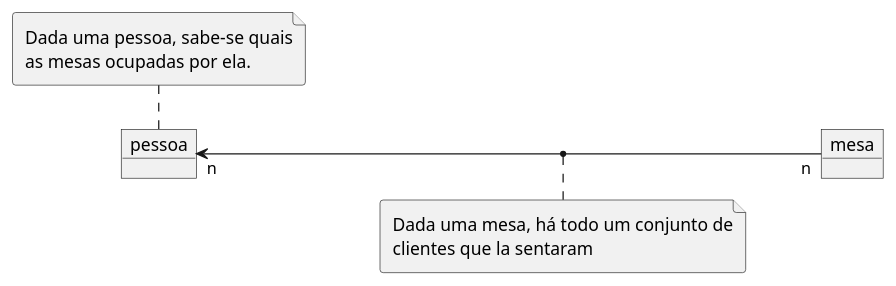
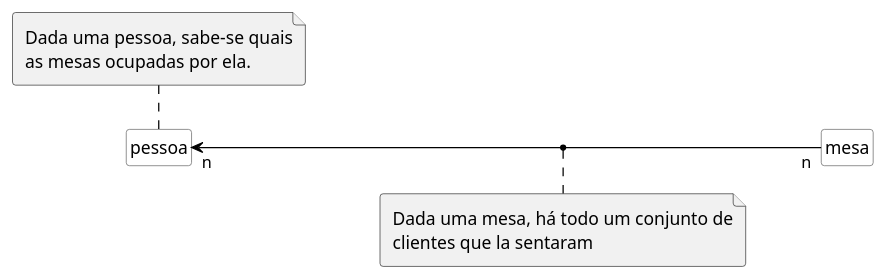
One commit to kyriosdata/oo changed the diagram in imagens/modelos-07/mod07ima10/mod07ima10.plantuml. Above: the diagram before and after it, drawn with PlantUML. The commit also changed 4 other files, not shown here.

```diff
--- a/imagens/modelos-07/mod07ima10/mod07ima10.plantuml
+++ b/imagens/modelos-07/mod07ima10/mod07ima10.plantuml
@@ -1,11 +1,20 @@
 @startuml mod07ima10
+hide circle
+hide methods
+hide empty members
+
+skinparam class {
+    BackgroundColor White
+    ArrowColor Black
+    BorderColor #505050
+}
 allow_mixing
 file "Dada uma mesa, há todo um conjunto de\nclientes que la sentaram" as da
-object "pessoa" as pe
-object "mesa" as me
+class "pessoa" as pe
+class "mesa" as me
 file "Dada uma pessoa, sabe-se quais\nas mesas ocupadas por ela." as da2
 left to right direction
 pe "n"<--"n" me
 (pe,me) .down. da
 da2 .right. pe
 @enduml
```
